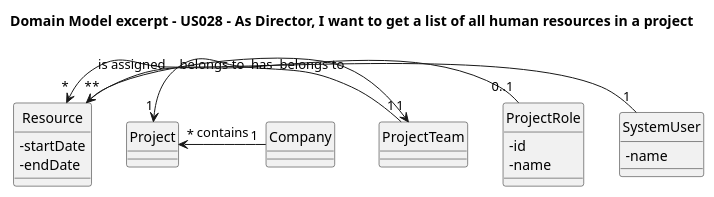
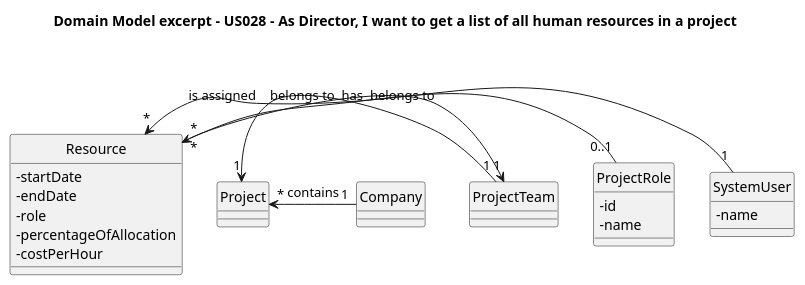
One commit to nunogon1211787/projectManagement changed the diagram in docs/Sprint3/US028/US028-MD.puml. Above: the diagram before and after it, drawn with PlantUML. The commit also changed 11 other files, not shown here.

```diff
--- a/docs/Sprint3/US028/US028-MD.puml
+++ b/docs/Sprint3/US028/US028-MD.puml
@@ -1,38 +1,41 @@
 @startuml
 'https://plantuml.com/class-diagram
 
 skinparam classAttributeIconSize 0
 hide circle
 
 title Domain Model excerpt - US028 - As Director, I want to get a list of all human resources in a project
 
 together {
 class Company{
 }
 class Project{
 }
 }
 together {
 class ProjectTeam{
 }
 together {
 class Resource{
 -startDate
 -endDate
+-role
+-percentageOfAllocation
+-costPerHour
 }
 class SystemUser{
 -name
 }
 class ProjectRole{
 -id
 -name
 }
 
 
 Company "1" -left-> "*" Project: contains
 Project "1" <-right- "1" ProjectTeam: belongs to
 
 ProjectTeam "1" <-- "*" Resource: belongs to
 Resource "*" <-right- "1" SystemUser: is assigned
 ProjectRole "0..1" -left-> "*" Resource: has
 @enduml
```
